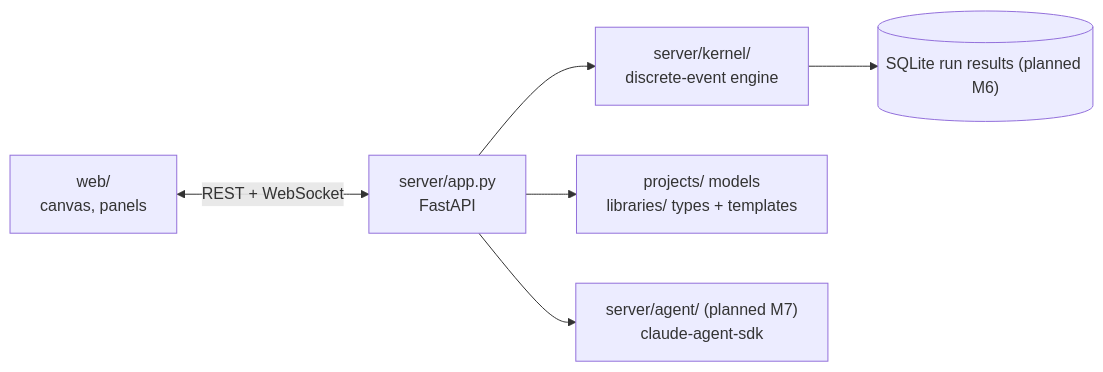
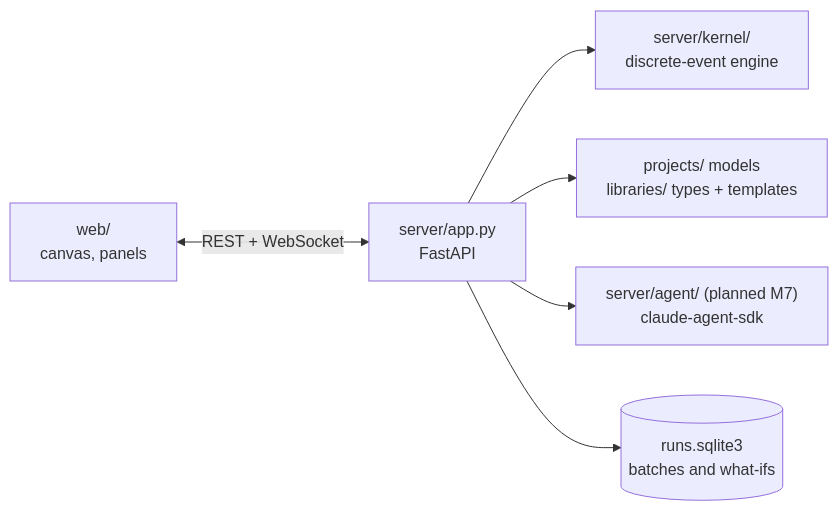
One commit to epatel/sim-bench changed the diagram in cards/architecture.md. Above: the diagram before and after it, drawn with Mermaid. The commit also changed other lines of this file and 17 other files, not shown here.

First line of the commit message:
Add M6: scenarios, batch runs and what-if forks

````diff
--- a/cards/architecture.md
+++ b/cards/architecture.md
@@ -7,8 +7,8 @@
 ```mermaid
 flowchart LR
   Web["web/<br/>canvas, panels"] <-- REST + WebSocket --> API["server/app.py<br/>FastAPI"]
   API --> Kernel["server/kernel/<br/>discrete-event engine"]
   API --> Store["projects/ models<br/>libraries/ types + templates"]
   API --> Agent["server/agent/ (planned M7)<br/>claude-agent-sdk"]
-  Kernel --> DB[("SQLite run results (planned M6)")]
+  API --> DB[("runs.sqlite3<br/>batches and what-ifs")]
 ```
````
